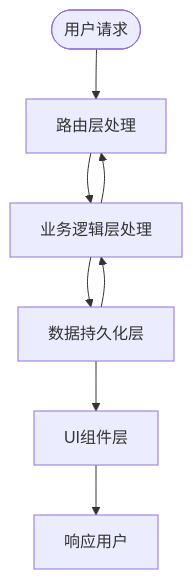
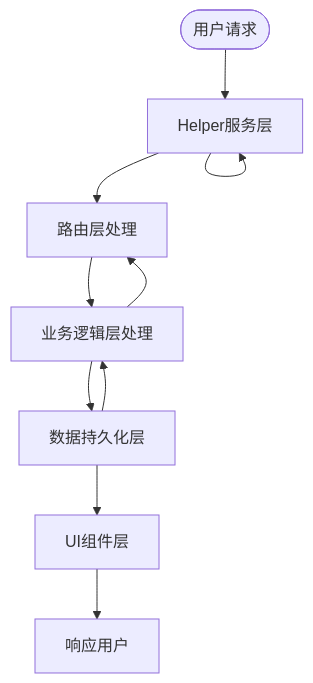
The fifth of 25 diagrams in .qoder/repowiki/zh/content/核心功能模块/播客转录功能.md (clawbotai/memo-flow), drawn with Mermaid before and after one commit. The commit also changed other lines of this file and 5 other files, not shown here.

````diff
--- a/.qoder/repowiki/zh/content/核心功能模块/播客转录功能.md
+++ b/.qoder/repowiki/zh/content/核心功能模块/播客转录功能.md
@@ -251,10 +353,12 @@
 ```mermaid
 flowchart TD
-Start(["用户请求"]) --> Route["路由层处理"]
+Start(["用户请求"]) --> HelperLayer["Helper服务层"]
+HelperLayer --> Route["路由层处理"]
 Route --> Business["业务逻辑层处理"]
 Business --> Data["数据持久化层"]
 Data --> UI["UI组件层"]
 UI --> Response["响应用户"]
 Business --> Route
 Data --> Business
+HelperLayer --> HelperLayer
 ```
````
